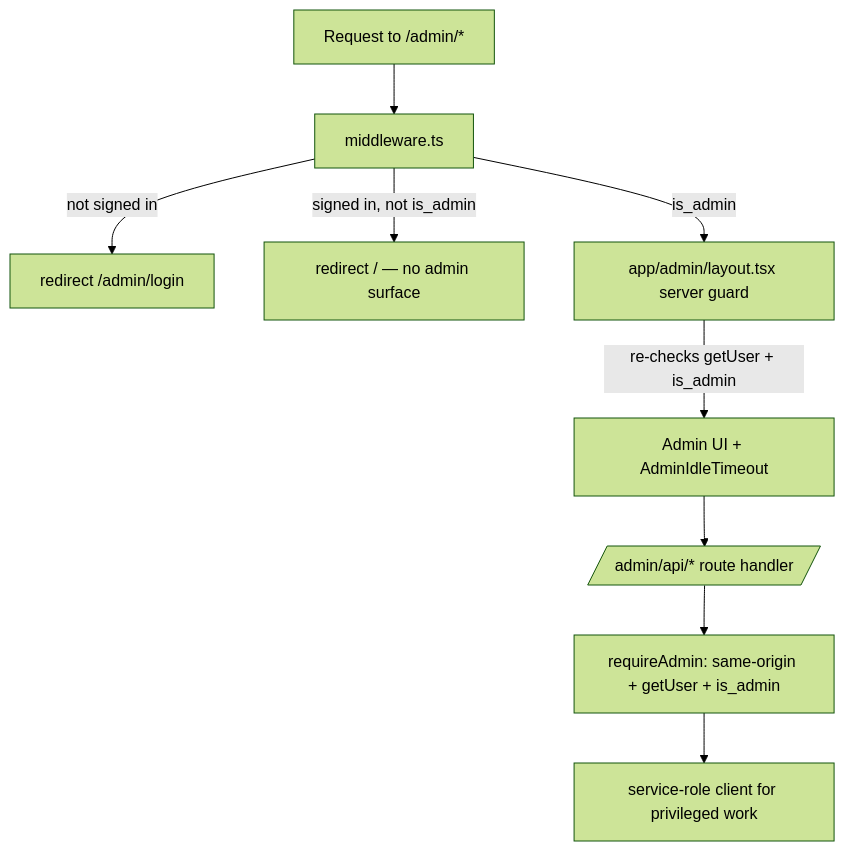
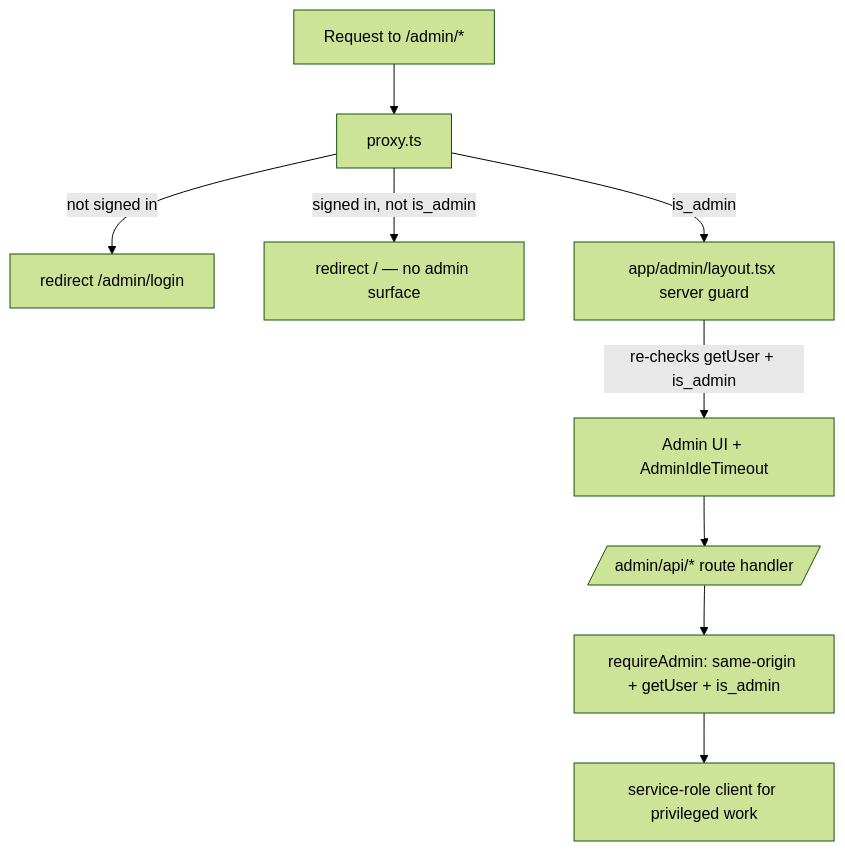
One commit to ahammedejaz/bantle-web changed the second of 2 diagrams in README.md. Above: the diagram before and after it, drawn with Mermaid (forest theme). The commit also changed other lines of this file and 78 other files, not shown here.

````diff
--- a/README.md
+++ b/README.md
@@ -191,11 +191,11 @@
 ```mermaid
 flowchart TD
-  R[Request to /admin/*] --> MW[middleware.ts]
+  R[Request to /admin/*] --> MW[proxy.ts]
   MW -->|not signed in| L[redirect /admin/login]
   MW -->|signed in, not is_admin| H[redirect / — no admin surface]
   MW -->|is_admin| LAY[app/admin/layout.tsx server guard]
   LAY -->|re-checks getUser + is_admin| UI[Admin UI + AdminIdleTimeout]
   UI --> API[/admin/api/* route handler/]
   API --> RA[requireAdmin: same-origin + getUser + is_admin]
   RA --> SR[service-role client for privileged work]
 ```
````
